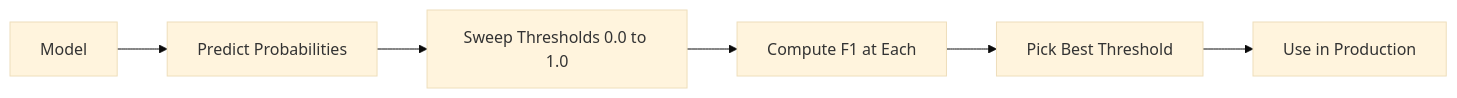
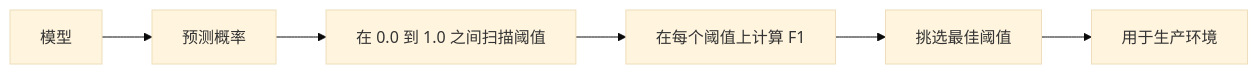
One commit to JerryC8080/ai-engineering-from-scratch-zh changed the third of 4 diagrams in phases/02-ml-fundamentals/17-imbalanced-data/docs/zh.md. Above: the diagram before and after it, drawn with Mermaid (base theme). The commit also changed other lines of this file and 156 other files, not shown here.

First line of the commit message:
i18n(zh): translate mermaid diagram labels in 157 lesson zh.md

````diff
--- a/phases/02-ml-fundamentals/17-imbalanced-data/docs/zh.md
+++ b/phases/02-ml-fundamentals/17-imbalanced-data/docs/zh.md
@@ -168,8 +168,8 @@
 ```mermaid
 flowchart LR
-    A[Model] --> B[Predict Probabilities]
-    B --> C[Sweep Thresholds 0.0 to 1.0]
-    C --> D[Compute F1 at Each]
-    D --> E[Pick Best Threshold]
-    E --> F[Use in Production]
+    A[模型] --> B[预测概率]
+    B --> C[在 0.0 到 1.0 之间扫描阈值]
+    C --> D[在每个阈值上计算 F1]
+    D --> E[挑选最佳阈值]
+    E --> F[用于生产环境]
 ```
````
